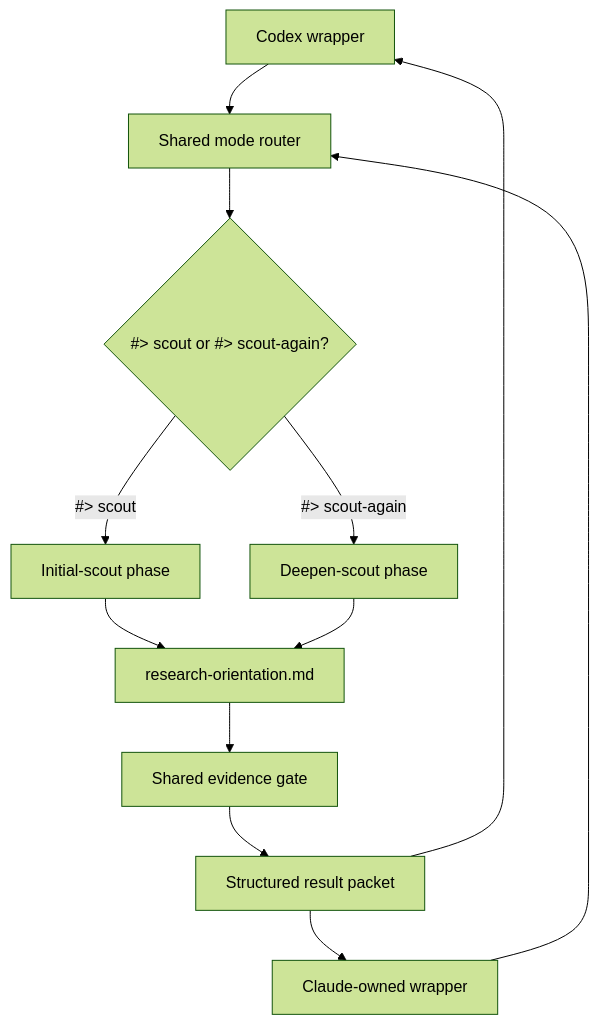
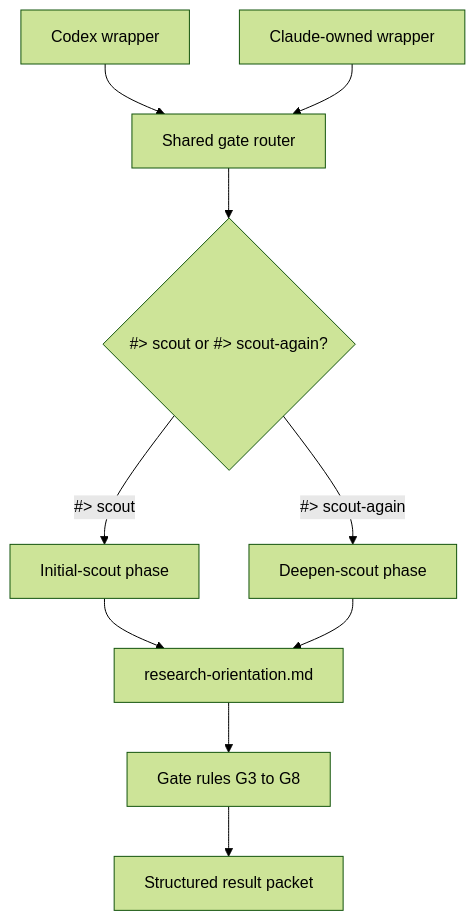
Before and after one commit to geekybobz/research-context-scout: the third of 4 diagrams in README.md, drawn with Mermaid (forest theme). The commit also changed other lines of this file and 23 other files, not shown here.

````diff
--- a/README.md
+++ b/README.md
@@ -574,14 +683,12 @@
 ```mermaid
 flowchart TD
-    C["Codex wrapper"] --> R["Shared mode router"]
+    C["Codex wrapper"] --> R["Shared gate router"]
     L["Claude-owned wrapper"] --> R
     R --> S{"#> scout or #> scout-again?"}
     S -- "#> scout" --> I["Initial-scout phase"]
     S -- "#> scout-again" --> D["Deepen-scout phase"]
     I --> P["research-orientation.md"]
     D --> P
-    P --> E["Shared evidence gate"]
+    P --> E["Gate rules G3 to G8"]
     E --> O["Structured result packet"]
-    O --> C
-    O --> L
 ```
````
